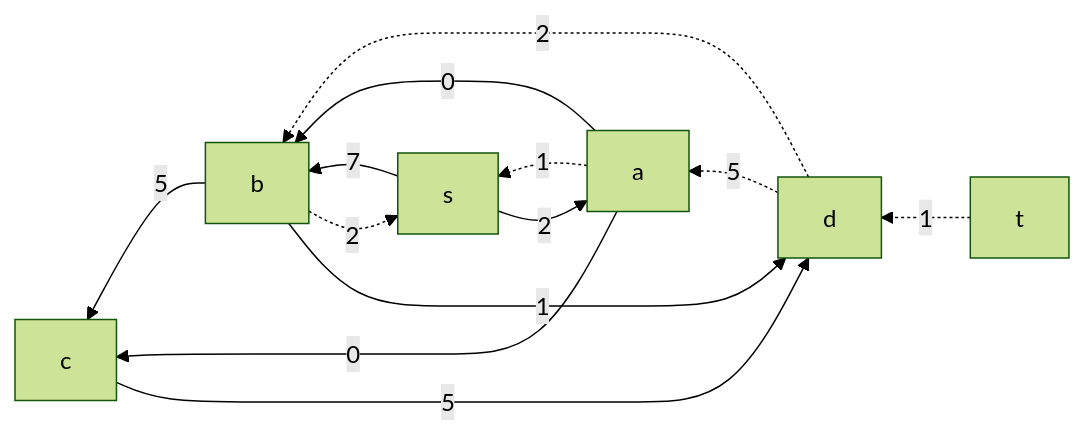
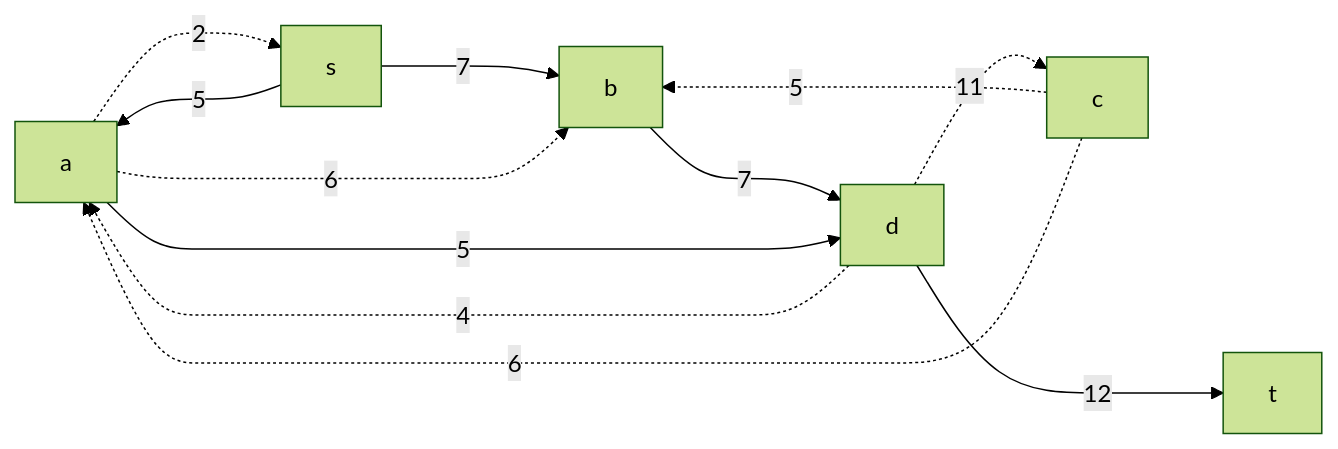
Before and after one commit to hse-algo-24-crow/manual-tasks-crow: the fourth of 9 diagrams in task-10/Milty-task-10.md, drawn with Mermaid (forest theme). The commit also changed other lines of this file, not shown here.

````diff
--- a/task-10/Milty-task-10.md
+++ b/task-10/Milty-task-10.md
@@ -57,8 +84,14 @@
 ```mermaid
-graph RL
-    t-.->|1|d-.->|5|a-.->|1|s
-    d-.->|2|b-.->|2|s
-    s-->|2|a-->|0|b-->|1|d
-    s-->|7|b-->|5|c
-    a-->|0|c-->|5|d
+graph LR
+    a-.->|2|s
+    s--->|5|a
+    s--->|7|b
+    b--->|7|d
+    a-.->|6|b
+    c-.->|5|b
+    d-.->|11|c
+    c-.->|6|a
+    d-.->|4|a
+    a--->|5|d
+    d--->|12|t
 ```
````
